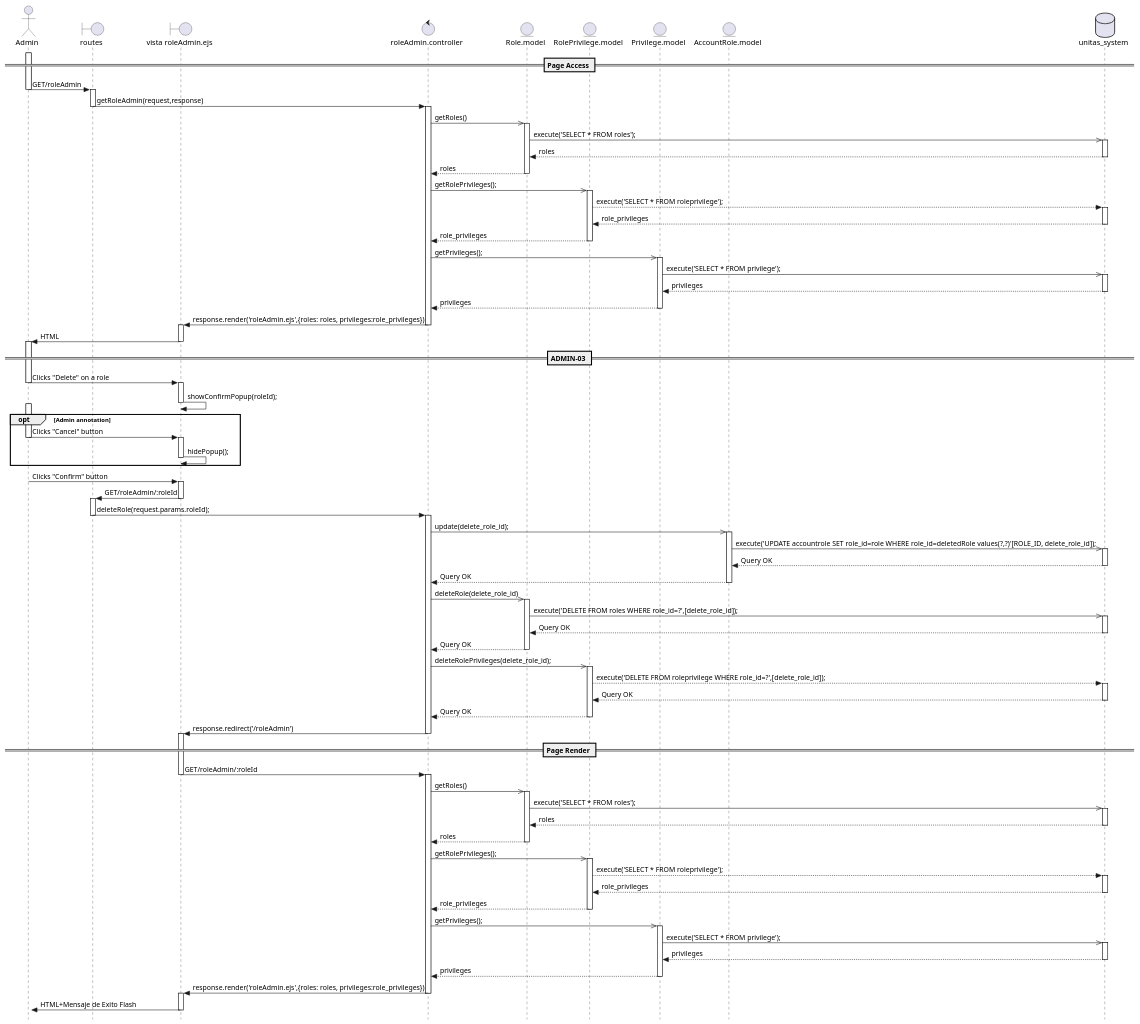
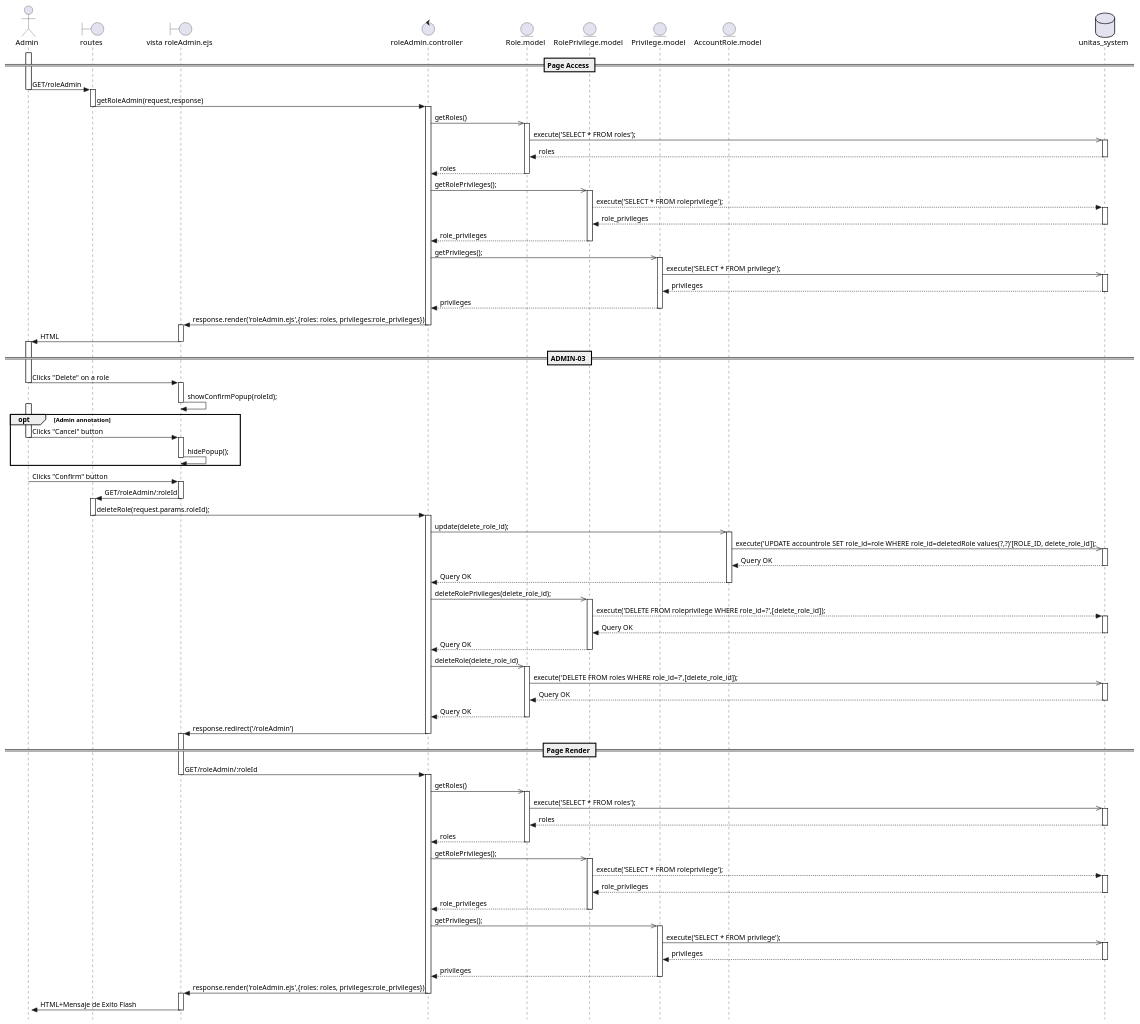
One commit to Berthou05/LimboSoftwareDevelopment_Change.org changed the diagram in documentation/sequence_diagrams/ADMIN-03-SD.puml. Above: the diagram before and after it, drawn with PlantUML.

Commit message:
[DOCS]: Modification SD-ADMIN-03 Change of Eliminate Roles after Eliminate RolePrivilege.

```diff
--- a/documentation/sequence_diagrams/ADMIN-03-SD.puml
+++ b/documentation/sequence_diagrams/ADMIN-03-SD.puml
@@ -1,148 +1,149 @@
 @startuml
 skinparam style strictuml
 
 actor Admin as A   
 boundary "routes" as RO
 boundary "vista roleAdmin.ejs" as V
 control "roleAdmin.controller" as C
 entity "Role.model" as R
 entity "RolePrivilege.model" as RP
 entity "Privilege.model" as P
 entity "AccountRole.model" as AR
 database "unitas_system" as BD
 
 activate A
 == Page Access ==
 
 A -> RO:GET/roleAdmin
 deactivate A
     activate RO
     RO -> C:getRoleAdmin(request,response)
     deactivate RO
         activate C
         C ->> R:getRoles()
             activate R
             R->>BD:execute('SELECT * FROM roles');
                 activate BD
                 BD-->R:roles
                 deactivate BD
             R-->C:roles
             deactivate R
         C->>RP:getRolePrivileges();
             activate RP
             RP-->BD:execute('SELECT * FROM roleprivilege');
                 activate BD
                 BD-->RP:role_privileges
                 deactivate BD
             RP-->C:role_privileges
             deactivate RP
         C->>P:getPrivileges();
             activate P
             P->>BD:execute('SELECT * FROM privilege');
                 activate BD
                 BD-->P:privileges
                 deactivate BD
             P-->C:privileges
             deactivate P
         C->V: response.render('roleAdmin.ejs',{roles: roles, privileges:role_privileges})
         deactivate C
     activate V
     V->A:HTML
     deactivate V
 activate A
 == ADMIN-03 ==
 A->V:Clicks "Delete" on a role
 deactivate A
     activate V
     V->V:showConfirmPopup(roleId);
     deactivate V
 
 activate A
 opt Admin annotation
 A->V:Clicks "Cancel" button
 deactivate A
     activate V
     V->V:hidePopup();
     deactivate V
 end
 activate A
 
 A->V:Clicks "Confirm" button
 deactivate A
     activate V
     V->RO: GET/roleAdmin/:roleId
     deactivate V
         activate RO
         RO->C:deleteRole(request.params.roleId);
         deactivate RO
             activate C
 
                 C->>AR:update(delete_role_id);
                 activate AR    
                     AR->>BD:execute('UPDATE accountrole SET role_id=role WHERE role_id=deletedRole values(?,?)'[ROLE_ID, delete_role_id]);
                     activate BD
                     BD-->AR:Query OK
                     deactivate BD
                 AR-->C:Query OK
                 deactivate AR
 
+                C->>RP:deleteRolePrivileges(delete_role_id);
+                    activate RP
+                    RP-->BD:execute('DELETE FROM roleprivilege WHERE role_id=?',[delete_role_id]);
+                        activate BD
+                        BD-->RP:Query OK
+                        deactivate BD
+                    RP-->C:Query OK
+                    deactivate RP
+
                 C ->> R:deleteRole(delete_role_id)
                     activate R
                     R->>BD:execute('DELETE FROM roles WHERE role_id=?',[delete_role_id]);
                         activate BD
                         BD-->R:Query OK
                         deactivate BD
                     R-->C:Query OK
                     deactivate R
-                C->>RP:deleteRolePrivileges(delete_role_id);
-                    activate RP
-                    RP-->BD:execute('DELETE FROM roleprivilege WHERE role_id=?',[delete_role_id]);
-                        activate BD
-                        BD-->RP:Query OK
-                        deactivate BD
-                    RP-->C:Query OK
-                    deactivate RP
                 C->V:response.redirect('/roleAdmin')
                 deactivate C
             activate V
             == Page Render ==
             V->C: GET/roleAdmin/:roleId
             deactivate V 
                 activate C 
                 
                 C ->> R:getRoles()
                     activate R
                     R->>BD:execute('SELECT * FROM roles');
                         activate BD
                         BD-->R:roles
                         deactivate BD
                     R-->C:roles
                     deactivate R
                 C->>RP:getRolePrivileges();
                     activate RP
                     RP-->BD:execute('SELECT * FROM roleprivilege');
                         activate BD
                         BD-->RP:role_privileges
                         deactivate BD
                     RP-->C:role_privileges
                     deactivate RP
                 C->>P:getPrivileges();
                     activate P
                     P->>BD:execute('SELECT * FROM privilege');
                         activate BD
                         BD-->P:privileges
                         deactivate BD
                     P-->C:privileges
                     deactivate P
                 C->V: response.render('roleAdmin.ejs',{roles: roles, privileges:role_privileges})
                 deactivate C
             activate V
             V->A:HTML+Mensaje de Exito Flash
             deactivate V
 activate A
 
 
 
 
 
 @enduml
```
